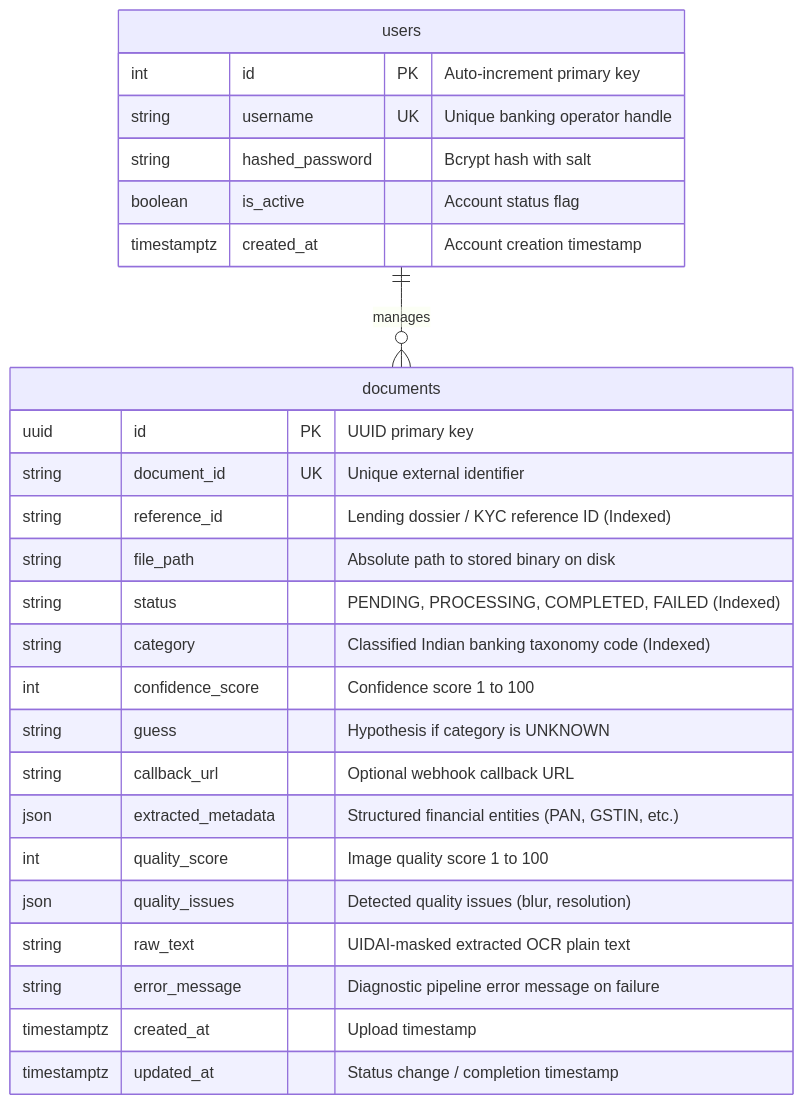
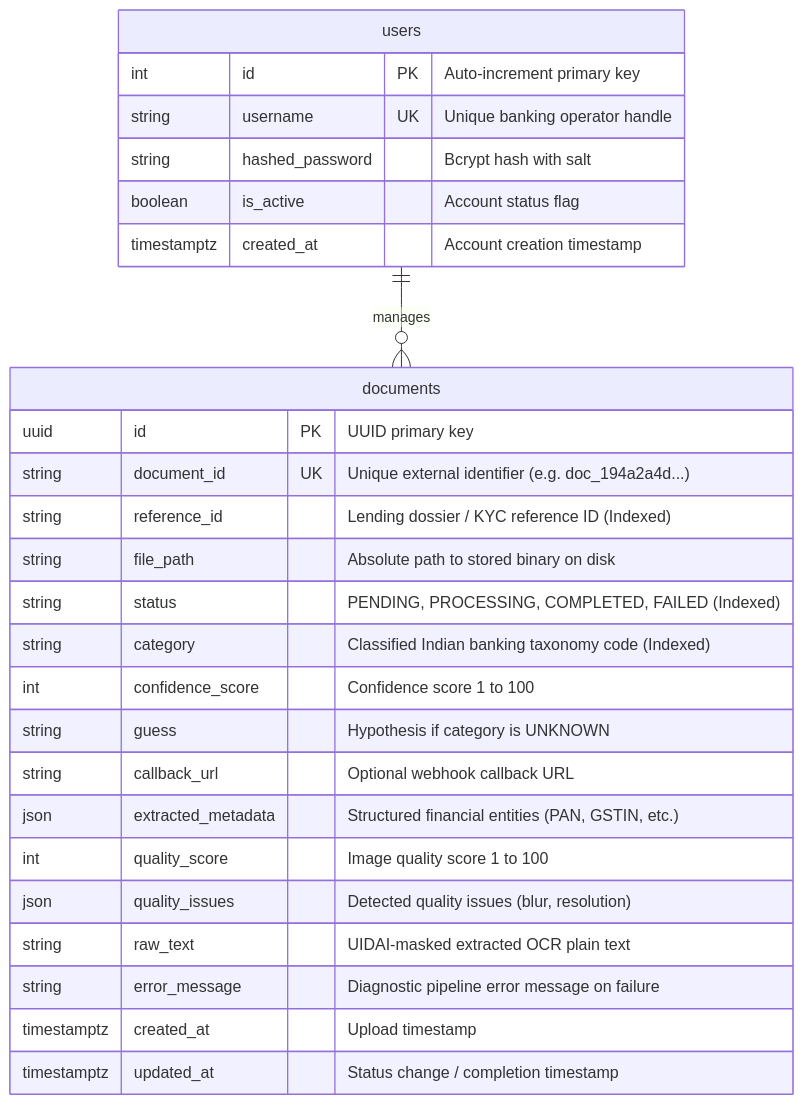
Before and after one commit to Shetty073/doc-classification-engine: the third of 4 diagrams in ARCHITECTURE.md, drawn with Mermaid. The commit also changed other lines of this file and 7 other files, not shown here.

Commit message:
feat: add document classification backend engine, API routers, schemas, and React frontend UI

````diff
--- a/ARCHITECTURE.md
+++ b/ARCHITECTURE.md
@@ -157,31 +184,31 @@
 ```mermaid
 erDiagram
     users {
         int id PK "Auto-increment primary key"
         string username UK "Unique banking operator handle"
         string hashed_password "Bcrypt hash with salt"
         boolean is_active "Account status flag"
         timestamptz created_at "Account creation timestamp"
     }
 
     documents {
         uuid id PK "UUID primary key"
-        string document_id UK "Unique external identifier"
+        string document_id UK "Unique external identifier (e.g. doc_194a2a4d...)"
         string reference_id "Lending dossier / KYC reference ID (Indexed)"
         string file_path "Absolute path to stored binary on disk"
         string status "PENDING, PROCESSING, COMPLETED, FAILED (Indexed)"
         string category "Classified Indian banking taxonomy code (Indexed)"
         int confidence_score "Confidence score 1 to 100"
         string guess "Hypothesis if category is UNKNOWN"
         string callback_url "Optional webhook callback URL"
         json extracted_metadata "Structured financial entities (PAN, GSTIN, etc.)"
         int quality_score "Image quality score 1 to 100"
         json quality_issues "Detected quality issues (blur, resolution)"
         string raw_text "UIDAI-masked extracted OCR plain text"
         string error_message "Diagnostic pipeline error message on failure"
         timestamptz created_at "Upload timestamp"
         timestamptz updated_at "Status change / completion timestamp"
     }
 
     users ||--o{ documents : "manages"
 ```
````
